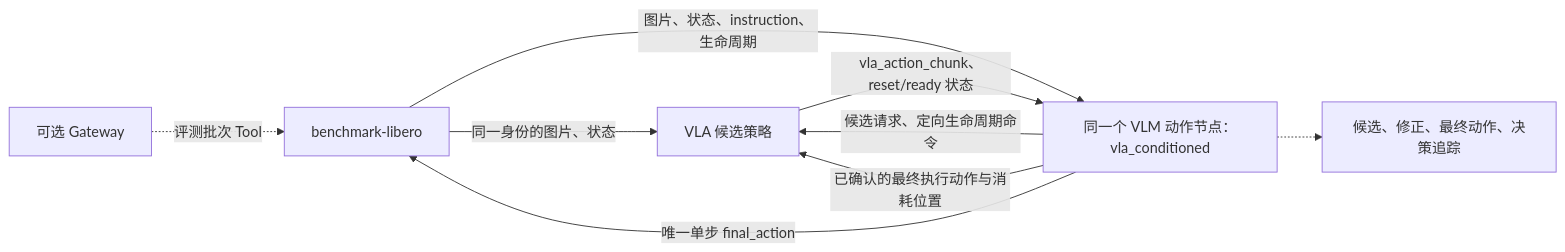
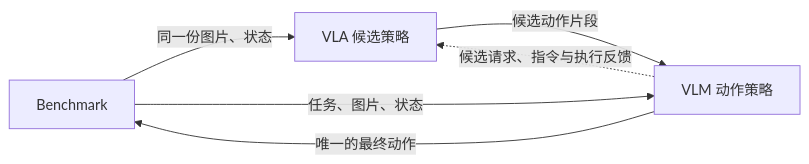
Before and after one commit to PhyAgentOS/operator-vlm-action-policy: the second of 2 diagrams in docs/DESIGN_zh.md, drawn with Mermaid. The commit also changed other lines of this file and 5 other files, not shown here.

````diff
--- a/docs/DESIGN_zh.md
+++ b/docs/DESIGN_zh.md
@@ -205,11 +40,8 @@
 ```mermaid
 flowchart LR
-    benchmark["benchmark-libero"] -->|"同一身份的图片、状态"| vla["VLA 候选策略"]
-    benchmark -->|"图片、状态、instruction、生命周期"| vlm["同一个 VLM 动作节点：vla_conditioned"]
-    vlm -->|"候选请求、定向生命周期命令"| vla
-    vla -->|"vla_action_chunk、reset/ready 状态"| vlm
-    vlm -->|"已确认的最终执行动作与消耗位置"| vla
-    vlm -->|"唯一单步 final_action"| benchmark
-    vlm -.-> trace["候选、修正、最终动作、决策追踪"]
-    gateway["可选 Gateway"] -.->|"评测批次 Tool"| benchmark
+    benchmark["Benchmark"] -->|"同一份图片、状态"| vla["VLA 候选策略"]
+    benchmark -->|"任务、图片、状态"| vlm["VLM 动作策略"]
+    vla -->|"候选动作片段"| vlm
+    vlm -->|"唯一的最终动作"| benchmark
+    vlm -.->|"候选请求、指令与执行反馈"| vla
 ```
````
